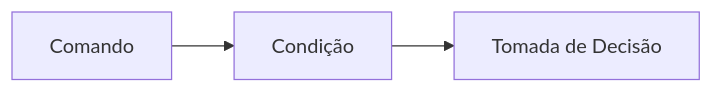
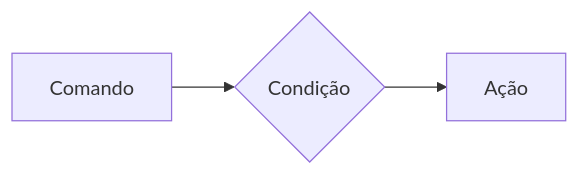
One commit to FelipeScalfi/BackEnd changed the second of 18 diagrams in README.md. Above: the diagram before and after it, drawn with Mermaid. The commit also changed other lines of this file and 12 other files, not shown here.

````diff
--- a/README.md
+++ b/README.md
@@ -215,6 +221,7 @@
 ```mermaid
 
 graph LR
-    A[Comando] --> B[Condição] --> C[Tomada de Decisão]
+
+    A[Comando] --> B{Condição} --> C[Ação]
 
 ```
````
